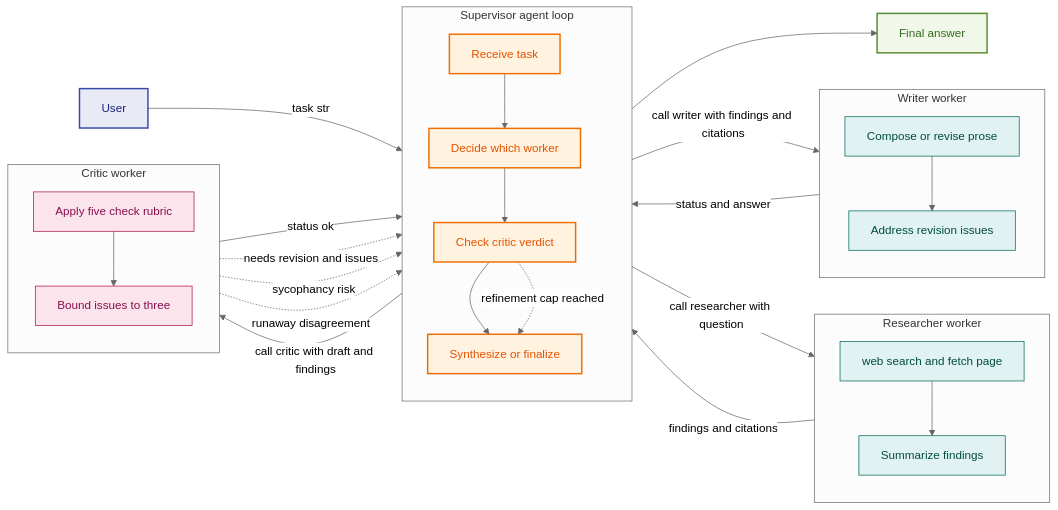
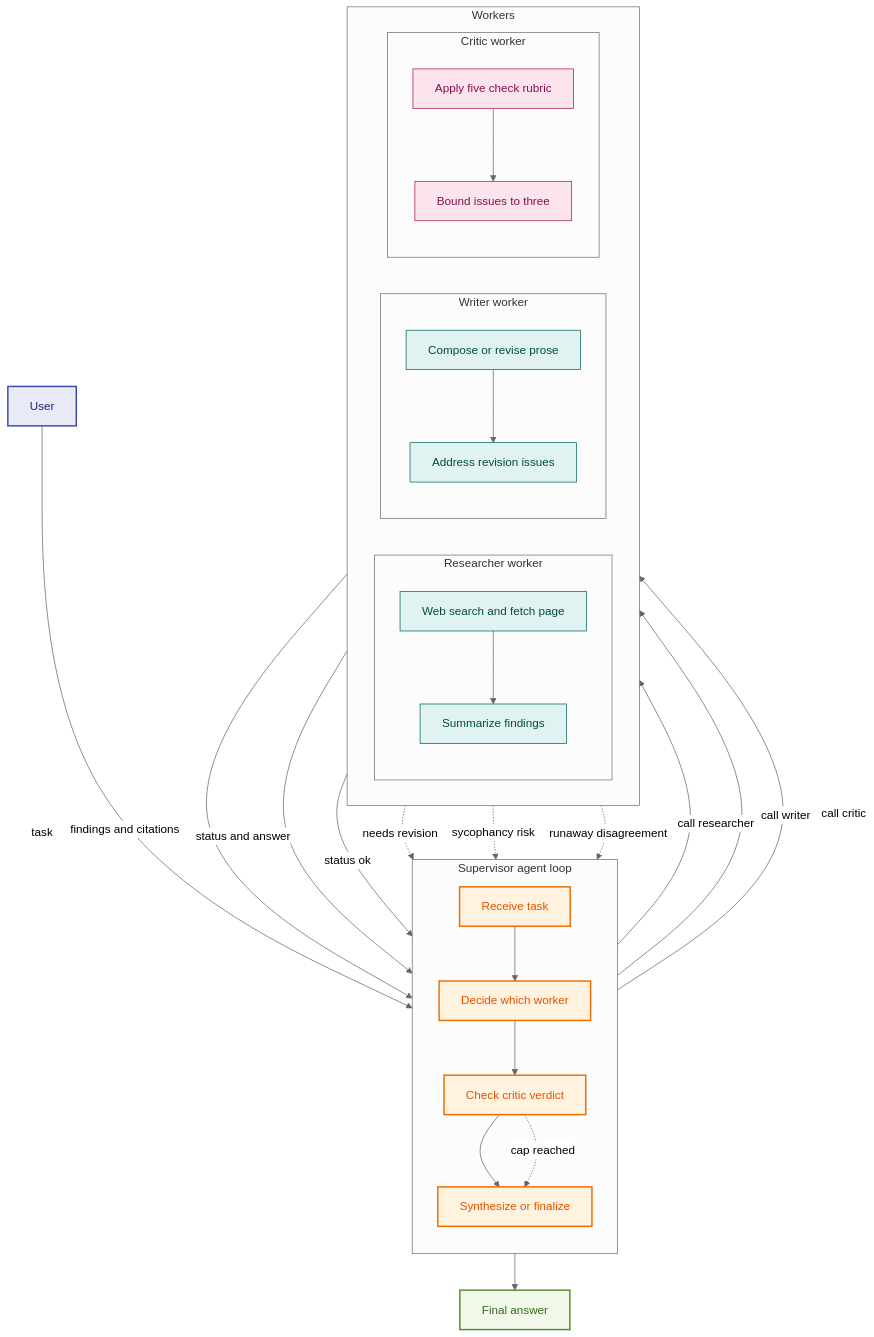
The diagram in diagrams/generator-critic-flow.mmd (MHHamdan/Agentic-AI-Engineer), drawn with Mermaid (neutral theme) before and after one commit.

Commit message:
Refactor flowchart direction and structure

```diff
--- a/diagrams/generator-critic-flow.mmd
+++ b/diagrams/generator-critic-flow.mmd
@@ -1,69 +1,73 @@
-flowchart LR
+flowchart TD
     U[User]
     Final[Final answer]
 
     subgraph Supervisor[Supervisor agent loop]
         direction TB
         S1[Receive task]
         S2[Decide which worker]
         S3[Check critic verdict]
         S4[Synthesize or finalize]
 
         S1 --> S2
         S2 --> S3
         S3 --> S4
     end
 
-    subgraph Researcher[Researcher worker]
-        direction TB
-        R1[web search and fetch page]
-        R2[Summarize findings]
+    subgraph WorkerRow[Workers]
+        direction LR
 
-        R1 --> R2
+        subgraph Researcher[Researcher worker]
+            direction TB
+            R1[Web search and fetch page]
+            R2[Summarize findings]
+
+            R1 --> R2
+        end
+
+        subgraph Writer[Writer worker]
+            direction TB
+            W1[Compose or revise prose]
+            W2[Address revision issues]
+
+            W1 --> W2
+        end
+
+        subgraph Critic[Critic worker]
+            direction TB
+            C1[Apply five check rubric]
+            C2[Bound issues to three]
+
+            C1 --> C2
+        end
     end
 
-    subgraph Writer[Writer worker]
-        direction TB
-        W1[Compose or revise prose]
-        W2[Address revision issues]
+    U -->|task| S1
 
-        W1 --> W2
-    end
+    S2 -->|call researcher| R1
+    R2 -->|findings and citations| S2
 
-    subgraph Critic[Critic worker]
-        direction TB
-        C1[Apply five check rubric]
-        C2[Bound issues to three]
+    S2 -->|call writer| W1
+    W2 -->|status and answer| S3
 
-        C1 --> C2
-    end
-
-    U -- task str --> S1
-
-    S2 -- call researcher with question --> R1
-    R2 -- findings and citations --> S2
-
-    S2 -- call writer with findings and citations --> W1
-    W2 -- status and answer --> S3
-
-    S3 -- call critic with draft and findings --> C1
-    C2 -- status ok --> S4
-    C2 -. needs revision and issues .-> S2
+    S3 -->|call critic| C1
+    C2 -->|status ok| S4
+    C2 -.->|needs revision| S2
 
     S4 --> Final
 
-    C2 -. sycophancy risk .-> S4
-    S3 -. refinement cap reached .-> S4
-    C2 -. runaway disagreement .-> S2
+    C2 -.->|sycophancy risk| S4
+    S3 -.->|cap reached| S4
+    C2 -.->|runaway disagreement| S2
 
     classDef user fill:#e8eaf6,stroke:#3949ab,stroke-width:2px,color:#1a237e
     classDef supervisor fill:#fff3e0,stroke:#ef6c00,stroke-width:2px,color:#e65100
     classDef worker fill:#e0f2f1,stroke:#00695c,stroke-width:1px,color:#004d40
     classDef critic fill:#fce4ec,stroke:#ad1457,stroke-width:1px,color:#880e4f
     classDef terminal fill:#f1f8e9,stroke:#558b2f,stroke-width:2px,color:#33691e
 
     class U user
     class S1,S2,S3,S4 supervisor
     class R1,R2,W1,W2 worker
     class C1,C2 critic
     class Final terminal
```
